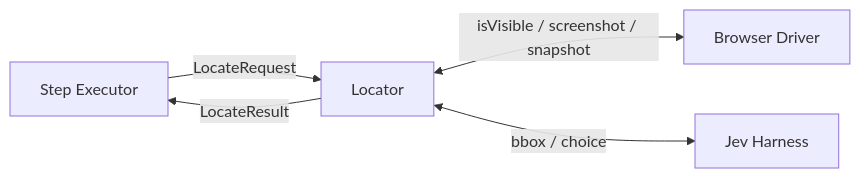
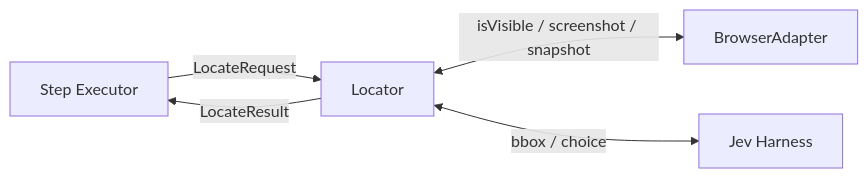
One commit to yike2/Jevwright changed the first of 3 diagrams in docs/tech/locator.md. Above: the diagram before and after it, drawn with Mermaid. The commit also changed other lines of this file, not shown here.

Commit message:
docs(core): align locator visual stage with adapter and harness (#37)

````diff
--- a/docs/tech/locator.md
+++ b/docs/tech/locator.md
@@ -126,7 +126,7 @@
 ```mermaid
 flowchart LR
   S[Step Executor] -->|LocateRequest| L[Locator]
-  L <-->|isVisible / screenshot / snapshot| B[Browser Driver]
+  L <-->|isVisible / screenshot / snapshot| B[BrowserAdapter]
   L <-->|bbox / choice| J[Jev Harness]
   L -->|LocateResult| S
 ```
````
